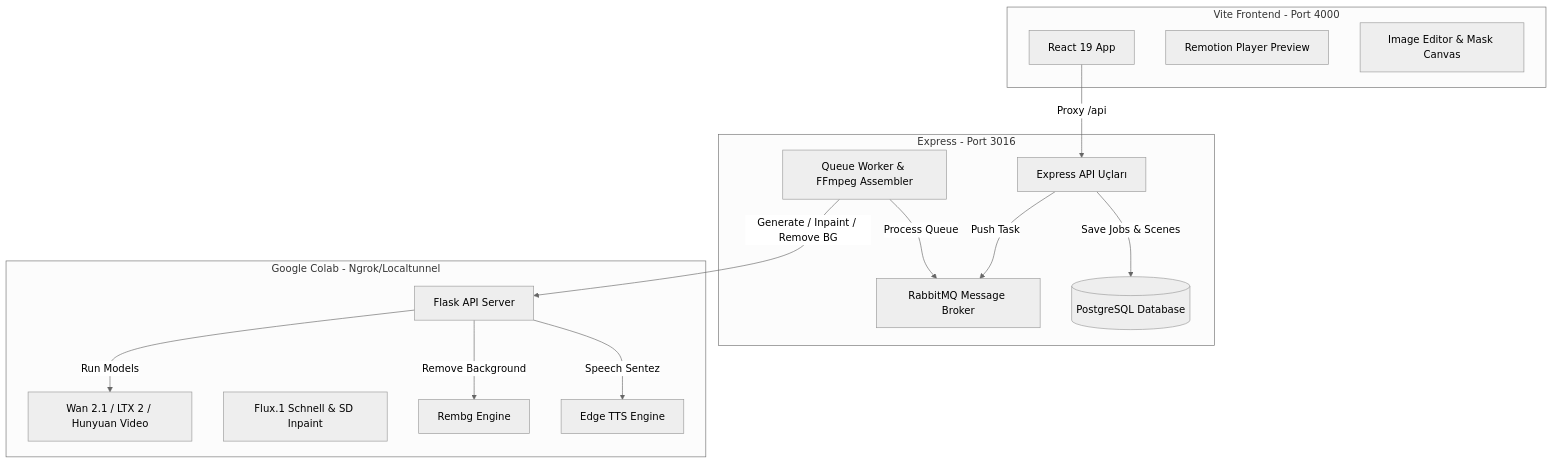
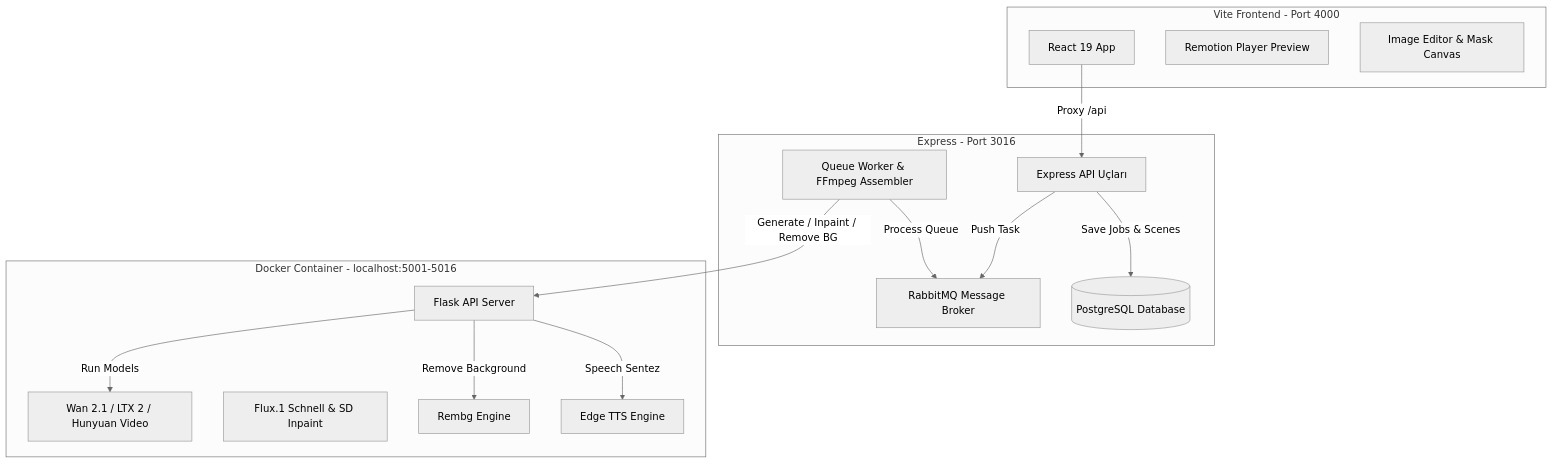
Before and after one commit to Arda-Avci/AI-Publisher: the diagram in docs/superpowers/specs/2026-06-12-vite-react-remotion-design.md, drawn with Mermaid (neutral theme). The commit also changed other lines of this file and 170 other files, not shown here.

First line of the commit message:
refactor: colab->docker migration + codec fix + route cleanup

````diff
--- a/docs/superpowers/specs/2026-06-12-vite-react-remotion-design.md
+++ b/docs/superpowers/specs/2026-06-12-vite-react-remotion-design.md
@@ -73,32 +73,32 @@
 ```mermaid
 graph TD
     subgraph Vite Dev Server [Vite Frontend - Port 4000]
         ReactUI[React 19 App]
         Remotion[Remotion Player Preview]
         ImageCanvas[Image Editor & Mask Canvas]
     end
 
     subgraph Node.js Backend [Express - Port 3016]
         API[Express API Uçları]
         RabbitMQ[RabbitMQ Message Broker]
         Postgres[(PostgreSQL Database)]
         Worker[Queue Worker & FFmpeg Assembler]
     end
 
-    subgraph GPU Server [Google Colab - Ngrok/Localtunnel]
+    subgraph GPU Server [Docker Container - localhost:5001-5016]
         Flask[Flask API Server]
         Wan[Wan 2.1 / LTX 2 / Hunyuan Video]
         Flux[Flux.1 Schnell & SD Inpaint]
         Rembg[Rembg Engine]
         EdgeTTS[Edge TTS Engine]
     end
 
     ReactUI -->|Proxy /api| API
     API -->|Save Jobs & Scenes| Postgres
     API -->|Push Task| RabbitMQ
     Worker -->|Process Queue| RabbitMQ
     Worker -->|Generate / Inpaint / Remove BG| Flask
     Flask -->|Run Models| Wan
     Flask -->|Remove Background| Rembg
     Flask -->|Speech Sentez| EdgeTTS
 ```
````
